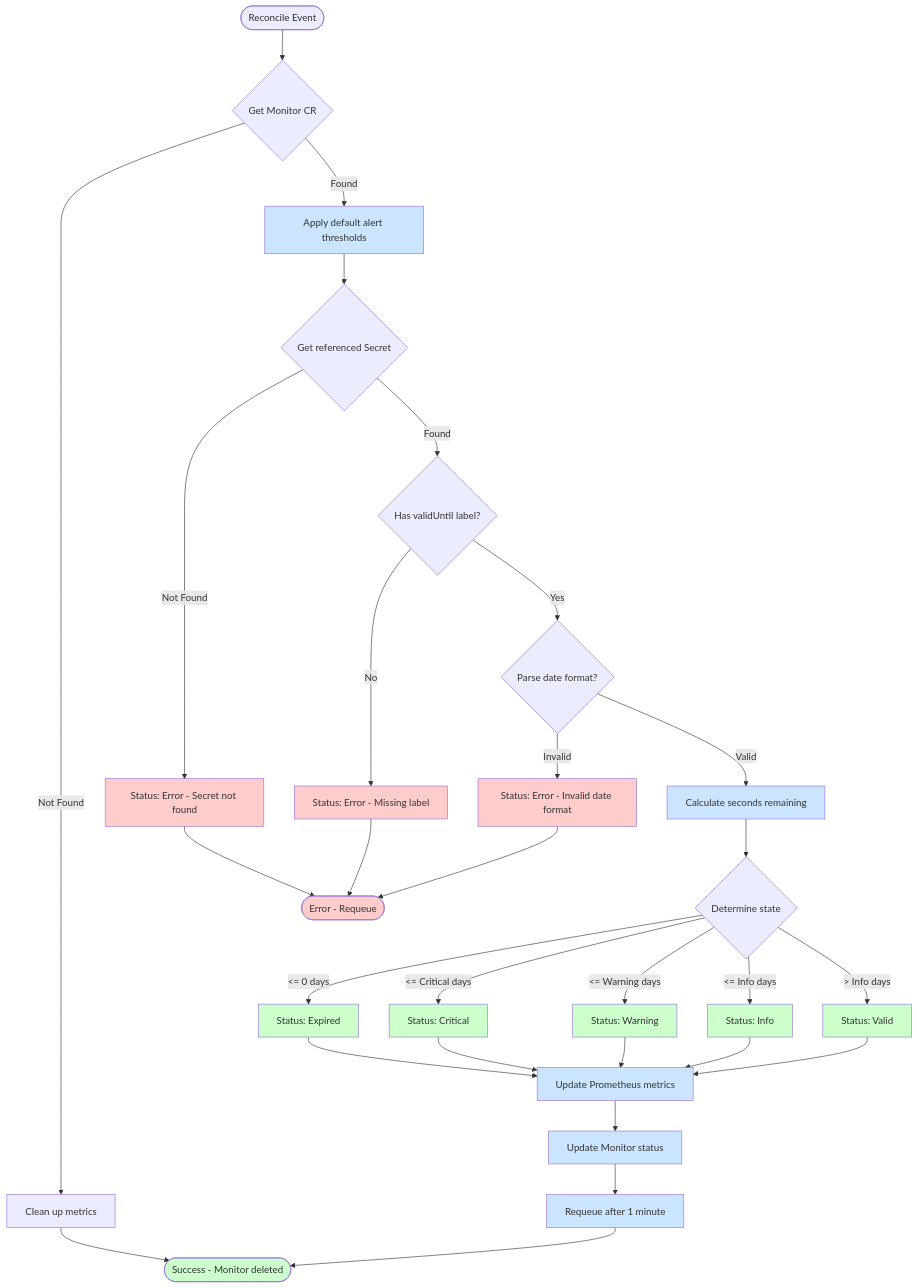
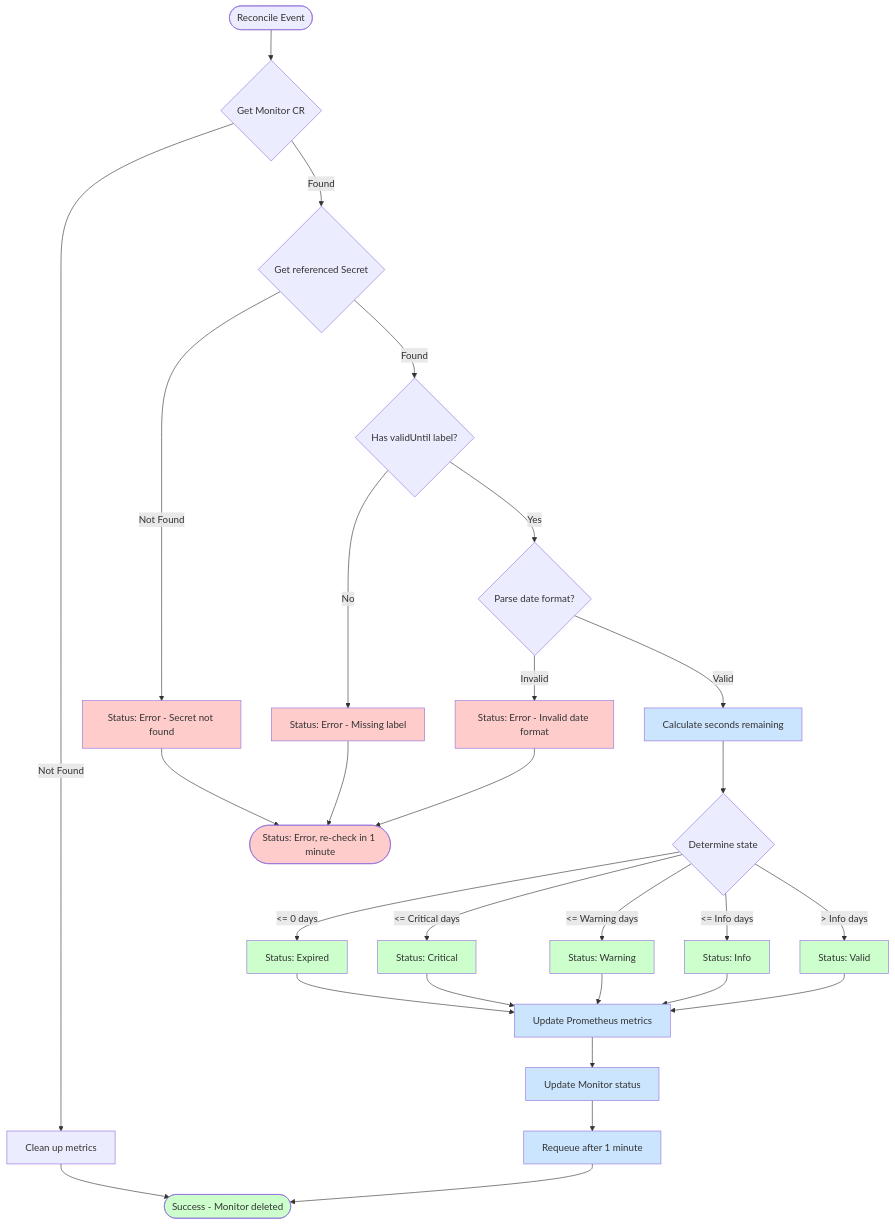
The second of 2 diagrams in README.md (stakater/expiring-secret-operator), drawn with Mermaid before and after one commit. The commit also changed other lines of this file, not shown here.

Commit message:
docs: describe same-namespace rule and the new error handling

````diff
--- a/README.md
+++ b/README.md
@@ -226,51 +228,50 @@
 ```mermaid
 flowchart TD
     START([Reconcile Event]) --> GET_MONITOR{Get Monitor CR}
     
     GET_MONITOR -->|Not Found| CLEANUP[Clean up metrics]
     CLEANUP --> END_SUCCESS([Success - Monitor deleted])
     
-    GET_MONITOR -->|Found| DEFAULTS[Apply default alert thresholds]
-    DEFAULTS --> GET_SECRET{Get referenced Secret}
+    GET_MONITOR -->|Found| GET_SECRET{Get referenced Secret}
     
     GET_SECRET -->|Not Found| ERROR_SECRET[Status: Error - Secret not found]
-    ERROR_SECRET --> END_ERROR([Error - Requeue])
+    ERROR_SECRET --> END_ERROR([Status: Error, re-check in 1 minute])
     
     GET_SECRET -->|Found| CHECK_LABEL{Has validUntil label?}
     
     CHECK_LABEL -->|No| ERROR_LABEL[Status: Error - Missing label]
     ERROR_LABEL --> END_ERROR
     
     CHECK_LABEL -->|Yes| PARSE_DATE{Parse date format?}
     
     PARSE_DATE -->|Invalid| ERROR_PARSE[Status: Error - Invalid date format]
     ERROR_PARSE --> END_ERROR
     
     PARSE_DATE -->|Valid| CALC_REMAINING[Calculate seconds remaining]
     CALC_REMAINING --> DETERMINE_STATE{Determine state}
     
     DETERMINE_STATE -->|<= 0 days| STATE_EXPIRED[Status: Expired] 
     DETERMINE_STATE -->|<= Critical days| STATE_CRITICAL[Status: Critical]
     DETERMINE_STATE -->|<= Warning days| STATE_WARNING[Status: Warning] 
     DETERMINE_STATE -->|<= Info days| STATE_INFO[Status: Info]
     DETERMINE_STATE -->|> Info days| STATE_VALID[Status: Valid]
     
     STATE_EXPIRED --> UPDATE_METRICS[Update Prometheus metrics]
     STATE_CRITICAL --> UPDATE_METRICS
     STATE_WARNING --> UPDATE_METRICS
     STATE_INFO --> UPDATE_METRICS
     STATE_VALID --> UPDATE_METRICS
     
     UPDATE_METRICS --> UPDATE_STATUS[Update Monitor status]
     UPDATE_STATUS --> REQUEUE[Requeue after 1 minute]
     REQUEUE --> END_SUCCESS
     
     %% Styling
     classDef errorPath fill:#ffcccc
     classDef successPath fill:#ccffcc
     classDef processPath fill:#cce5ff
     
     class ERROR_SECRET,ERROR_LABEL,ERROR_PARSE,END_ERROR errorPath
     class STATE_EXPIRED,STATE_CRITICAL,STATE_WARNING,STATE_INFO,STATE_VALID,END_SUCCESS successPath
-    class DEFAULTS,CALC_REMAINING,UPDATE_METRICS,UPDATE_STATUS,REQUEUE processPath
+    class CALC_REMAINING,UPDATE_METRICS,UPDATE_STATUS,REQUEUE processPath
 ```
````
